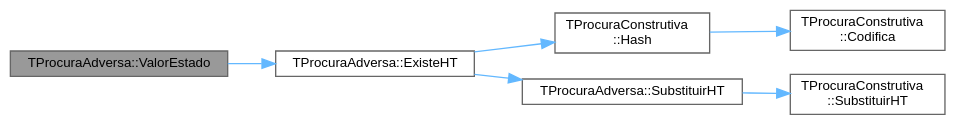
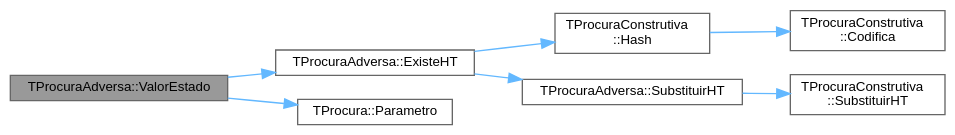
The diagram in classTProcuraAdversa_a9c95c246b28345f0d515a9083ffd646d_cgraph.dot (jcoelho72/TProcura), drawn with Graphviz before and after one commit. The commit also changed 270 other files, not shown here.

```diff
--- a/classTProcuraAdversa_a9c95c246b28345f0d515a9083ffd646d_cgraph.dot
+++ b/classTProcuraAdversa_a9c95c246b28345f0d515a9083ffd646d_cgraph.dot
@@ -1,19 +1,21 @@
 digraph "TProcuraAdversa::ValorEstado"
 {
  // LATEX_PDF_SIZE
   bgcolor="transparent";
   edge [fontname=Helvetica,fontsize=10,labelfontname=Helvetica,labelfontsize=10];
   node [fontname=Helvetica,fontsize=10,shape=box,height=0.2,width=0.4];
   rankdir="LR";
   Node1 [id="Node000001",label="TProcuraAdversa::ValorEstado",height=0.2,width=0.4,color="gray40", fillcolor="grey60", style="filled", fontcolor="black",tooltip="ler ou gravar o melhor valor conhecido"];
-  Node1 -> Node2 [id="edge6_Node000001_Node000002",color="steelblue1",style="solid",tooltip=" "];
+  Node1 -> Node2 [id="edge7_Node000001_Node000002",color="steelblue1",style="solid",tooltip=" "];
   Node2 [id="Node000002",label="TProcuraAdversa::ExisteHT",height=0.2,width=0.4,color="grey40", fillcolor="white", style="filled",URL="$classTProcuraAdversa.html#ad01434aae577cafdb636f82ba2815215",tooltip=" "];
-  Node2 -> Node3 [id="edge7_Node000002_Node000003",color="steelblue1",style="solid",tooltip=" "];
+  Node2 -> Node3 [id="edge8_Node000002_Node000003",color="steelblue1",style="solid",tooltip=" "];
   Node3 [id="Node000003",label="TProcuraConstrutiva\l::Hash",height=0.2,width=0.4,color="grey40", fillcolor="white", style="filled",URL="$classTProcuraConstrutiva.html#a70375188a6ee7775bc842a3e64f8e35c",tooltip=" "];
-  Node3 -> Node4 [id="edge8_Node000003_Node000004",color="steelblue1",style="solid",tooltip=" "];
+  Node3 -> Node4 [id="edge9_Node000003_Node000004",color="steelblue1",style="solid",tooltip=" "];
   Node4 [id="Node000004",label="TProcuraConstrutiva\l::Codifica",height=0.2,width=0.4,color="grey40", fillcolor="white", style="filled",URL="$group__RedefinicaoSugerida.html#ga5ff46e85c8f1394c2502f17025284c11",tooltip="Codifica o estado para um vetor de inteiros de 64 bits."];
-  Node2 -> Node5 [id="edge9_Node000002_Node000005",color="steelblue1",style="solid",tooltip=" "];
+  Node2 -> Node5 [id="edge10_Node000002_Node000005",color="steelblue1",style="solid",tooltip=" "];
   Node5 [id="Node000005",label="TProcuraAdversa::SubstituirHT",height=0.2,width=0.4,color="grey40", fillcolor="white", style="filled",URL="$classTProcuraAdversa.html#ab13f514d86e599dc15a682e6a6199987",tooltip=" "];
-  Node5 -> Node6 [id="edge10_Node000005_Node000006",color="steelblue1",style="solid",tooltip=" "];
+  Node5 -> Node6 [id="edge11_Node000005_Node000006",color="steelblue1",style="solid",tooltip=" "];
   Node6 [id="Node000006",label="TProcuraConstrutiva\l::SubstituirHT",height=0.2,width=0.4,color="grey40", fillcolor="white", style="filled",URL="$classTProcuraConstrutiva.html#a99b7a74f16f5a1b63b12bf629b902057",tooltip=" "];
+  Node1 -> Node7 [id="edge12_Node000001_Node000007",color="steelblue1",style="solid",tooltip=" "];
+  Node7 [id="Node000007",label="TProcura::Parametro",height=0.2,width=0.4,color="grey40", fillcolor="white", style="filled",URL="$classTProcura.html#a0e9e692f29af8a5d5279a8647c800437",tooltip=" "];
 }
```
